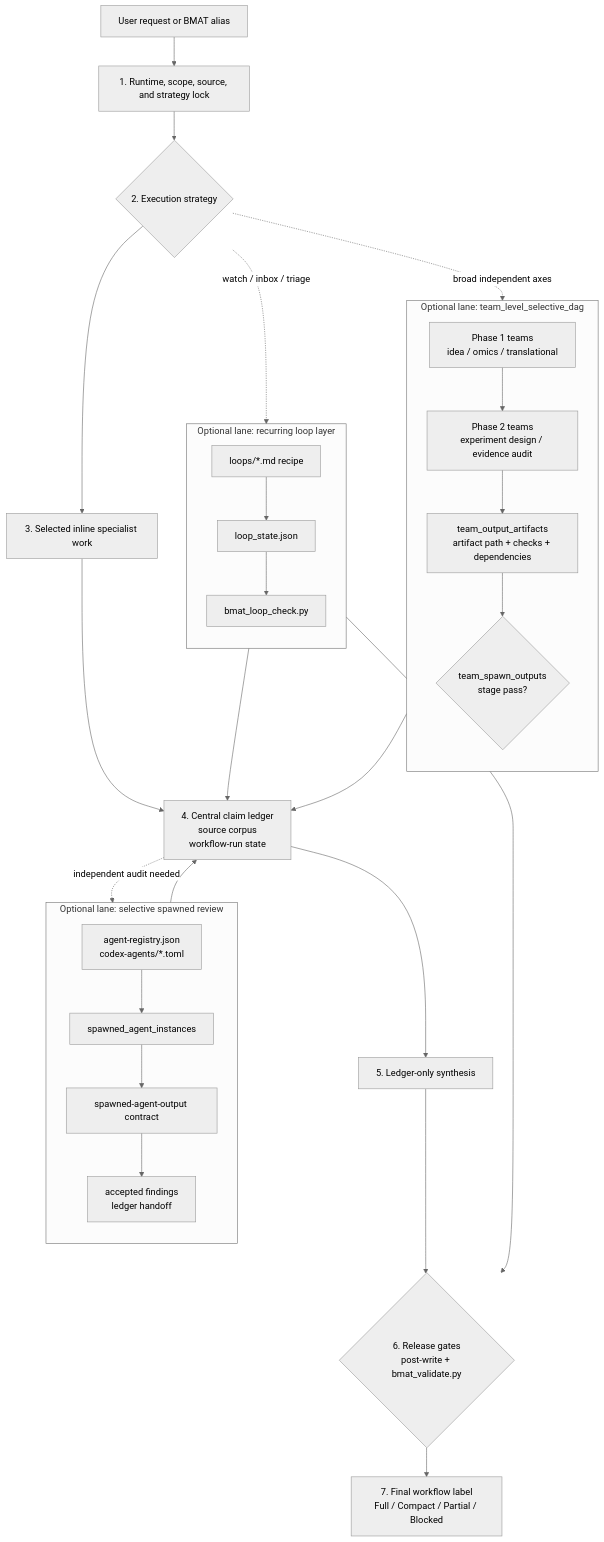
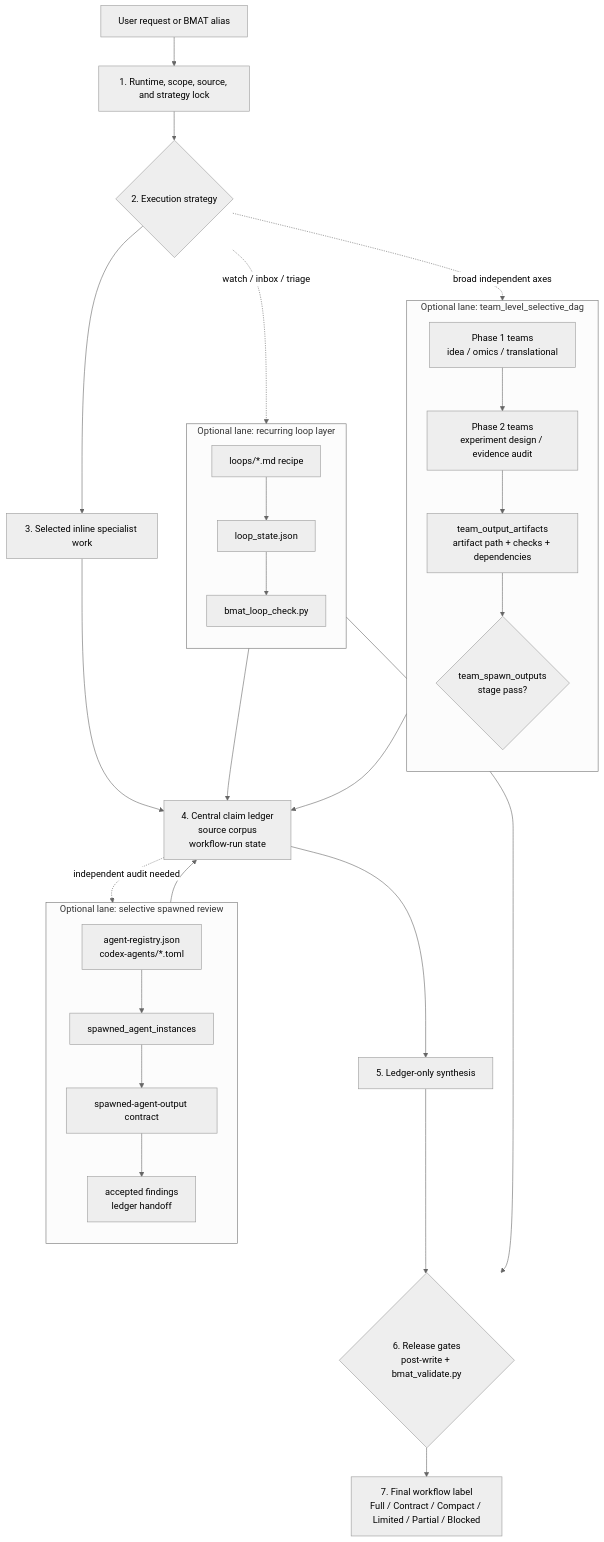
The diagram in plugins/biomedical-agent-teams/README.md (kdh-isaac/biomedical-agent-teams-codex-marketplace), drawn with Mermaid (neutral theme) before and after one commit. The commit also changed other lines of this file and 46 other files, not shown here.

````diff
--- a/plugins/biomedical-agent-teams/README.md
+++ b/plugins/biomedical-agent-teams/README.md
@@ -158,50 +185,50 @@
 ```mermaid
 flowchart TD
-    accTitle: BMAT v0.4.7 Workflow Structure
+    accTitle: BMAT v0.4.9 Workflow Structure
     accDescr: Vertical BMAT workflow spine with optional loop, team DAG, and reviewer lanes feeding back into the central ledger.
 
     request["User request or BMAT alias"]
     lock["1. Runtime, scope, source, and strategy lock"]
     route{"2. Execution strategy"}
     spine["3. Selected inline specialist work"]
     ledger["4. Central claim ledger<br/>source corpus<br/>workflow-run state"]
     synth["5. Ledger-only synthesis"]
     release{"6. Release gates<br/>post-write + bmat_validate.py"}
-    label["7. Final workflow label<br/>Full / Compact / Partial / Blocked"]
+    label["7. Final workflow label<br/>Full / Contract / Compact / Limited / Partial / Blocked"]
 
     request --> lock --> route --> spine --> ledger --> synth --> release --> label
 
     subgraph team_dag["Optional lane: team_level_selective_dag"]
         direction TB
         t1["Phase 1 teams<br/>idea / omics / translational"]
         t2["Phase 2 teams<br/>experiment design / evidence audit"]
         tout["team_output_artifacts<br/>artifact path + checks + dependencies"]
         tgate{"team_spawn_outputs<br/>stage pass?"}
         t1 --> t2 --> tout --> tgate
     end
 
     subgraph review_lane["Optional lane: selective spawned review"]
         direction TB
         registry["agent-registry.json<br/>codex-agents/*.toml"]
         instances["spawned_agent_instances"]
         rcontract["spawned-agent-output contract"]
         rhandoff["accepted findings<br/>ledger handoff"]
         registry --> instances --> rcontract --> rhandoff
     end
 
     subgraph loop_layer["Optional lane: recurring loop layer"]
         direction TB
         loop_recipe["loops/*.md recipe"]
         loop_state["loop_state.json"]
         loop_check["bmat_loop_check.py"]
         loop_recipe --> loop_state --> loop_check
     end
 
     route -. "broad independent axes" .-> t1
     tgate --> ledger
     ledger -. "independent audit needed" .-> registry
     rhandoff --> ledger
     route -. "watch / inbox / triage" .-> loop_recipe
     loop_check --> ledger
     loop_check --> release
 ```
````
